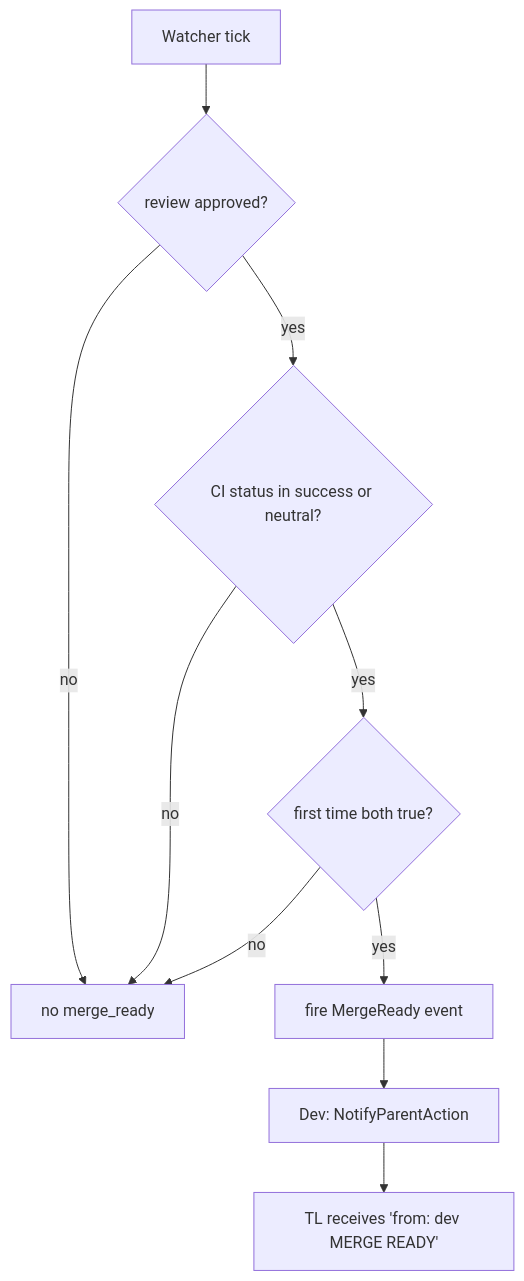
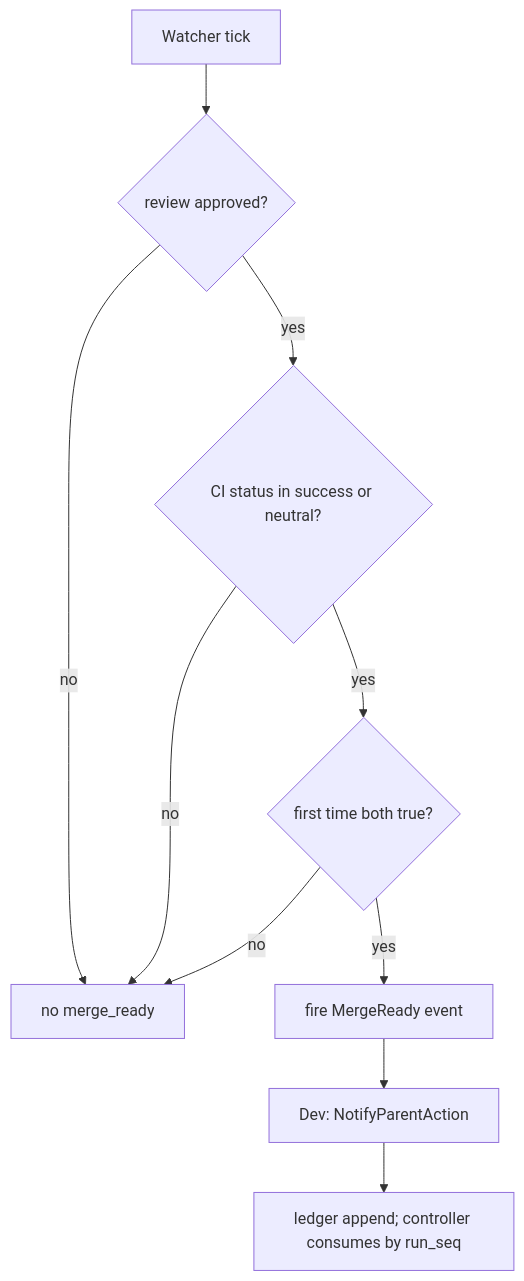
Before and after one commit to nanonite/exomonad: the eighth of 9 diagrams in docs/architecture/agent-system.md, drawn with Mermaid. The commit also changed other lines of this file and 5 other files, not shown here.

First line of the commit message:
docs: reconcile architecture docs with the TL-as-loop epic

````diff
--- a/docs/architecture/agent-system.md
+++ b/docs/architecture/agent-system.md
@@ -336,12 +361,12 @@
 ```mermaid
 flowchart TD
   A[Watcher tick] --> B{review approved?}
   B -- no --> Z[no merge_ready]
   B -- yes --> C{CI status in success or neutral?}
   C -- no --> Z
   C -- yes --> D{first time both true?}
   D -- no --> Z
   D -- yes --> E[fire MergeReady event]
   E --> F[Dev: NotifyParentAction]
-  F --> G[TL receives 'from: dev MERGE READY']
+  F --> G[ledger append; controller consumes by run_seq]
 ```
````
